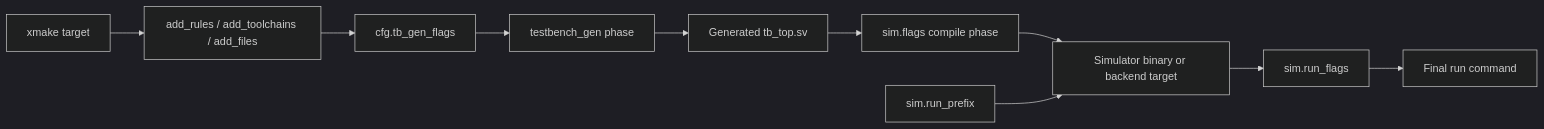
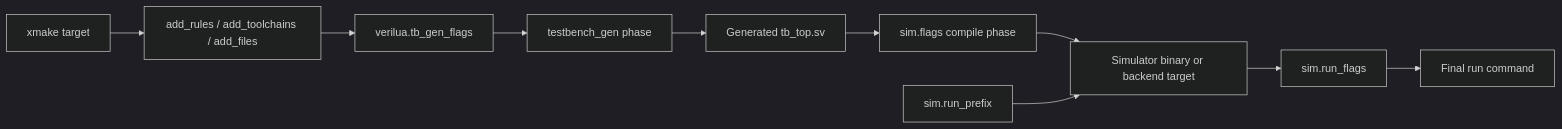
One commit to cyril0124/verilua changed the diagram in docs/reference/xmake_params.mdx. Above: the diagram before and after it, drawn with Mermaid (dark theme). The commit also changed other lines of this file and 42 other files, not shown here.

Commit message:
refactor: rename xmake cfg target values to verilua

````diff
--- a/docs/reference/xmake_params.mdx
+++ b/docs/reference/xmake_params.mdx
@@ -229,12 +223,12 @@
 ```mermaid
 flowchart LR
     A[xmake target] --> B[add_rules / add_toolchains / add_files]
-    B --> C[cfg.tb_gen_flags]
+    B --> C[verilua.tb_gen_flags]
     C --> D[testbench_gen phase]
     D --> E[Generated tb_top.sv]
     E --> F[sim.flags compile phase]
     F --> G[Simulator binary or backend target]
     H[sim.run_prefix] --> G
     G --> I[sim.run_flags]
     I --> J[Final run command]
 ```
````
